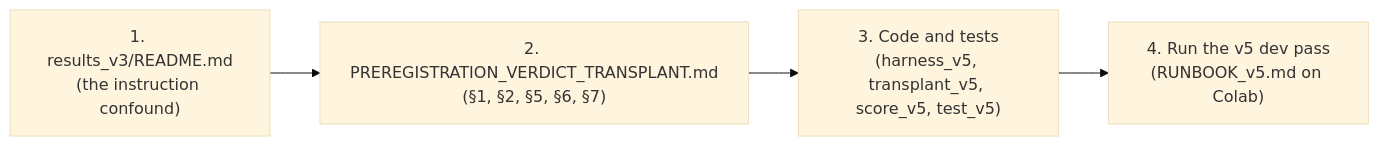
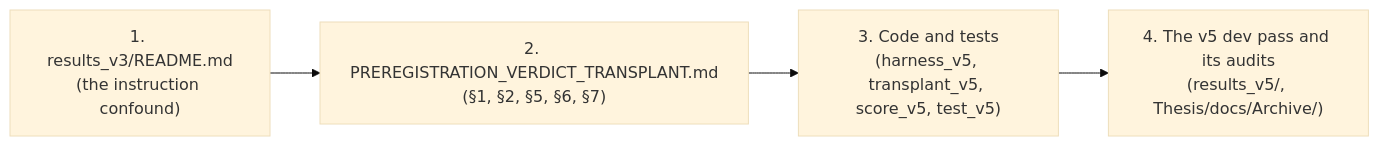
One commit to Mohammad-Zahed-Hossen/Thesis changed the third of 3 diagrams in Causal Conflict Verbalization and Source Arbitration/Thesis/docs/Understanding/Thesis Understanding FAQ (Gemini 3.8 Flash).md. Above: the diagram before and after it, drawn with Mermaid (base theme). The commit also changed other lines of this file and 11 other files, not shown here.

````diff
--- a/Causal Conflict Verbalization and Source Arbitration/Thesis/docs/Understanding/Thesis Understanding FAQ (Gemini 3.8 Flash).md
+++ b/Causal Conflict Verbalization and Source Arbitration/Thesis/docs/Understanding/Thesis Understanding FAQ (Gemini 3.8 Flash).md
@@ -172,9 +173,9 @@
 ```mermaid
 flowchart LR
     Step1["1. results_v3/README.md<br>(the instruction confound)"]
     Step2["2. PREREGISTRATION_VERDICT_TRANSPLANT.md<br>(§1, §2, §5, §6, §7)"]
     Step3["3. Code and tests<br>(harness_v5, transplant_v5, score_v5, test_v5)"]
-    Step4["4. Run the v5 dev pass<br>(RUNBOOK_v5.md on Colab)"]
+    Step4["4. The v5 dev pass and its audits<br>(results_v5/, Thesis/docs/Archive/)"]
 
     Step1 --> Step2 --> Step3 --> Step4
 ```
````
